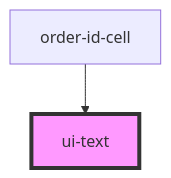
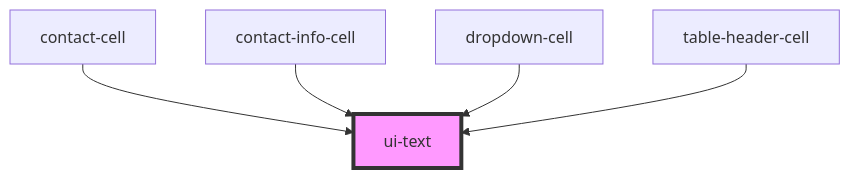
One commit to lvelitoruiz/mfl-boilerplate changed the diagram in core/ui-library/src/components/atoms/text/readme.md. Above: the diagram before and after it, drawn with Mermaid. The commit also changed other lines of this file and 45 other files, not shown here.

First line of the commit message:
Add notification badge to order-id-cell and fix layout issues

````diff
--- a/core/ui-library/src/components/atoms/text/readme.md
+++ b/core/ui-library/src/components/atoms/text/readme.md
@@ -25,5 +28,8 @@
 ```mermaid
 graph TD;
-  order-id-cell --> ui-text
+  contact-cell --> ui-text
+  contact-info-cell --> ui-text
+  dropdown-cell --> ui-text
+  table-header-cell --> ui-text
   style ui-text fill:#f9f,stroke:#333,stroke-width:4px
 ```
````
